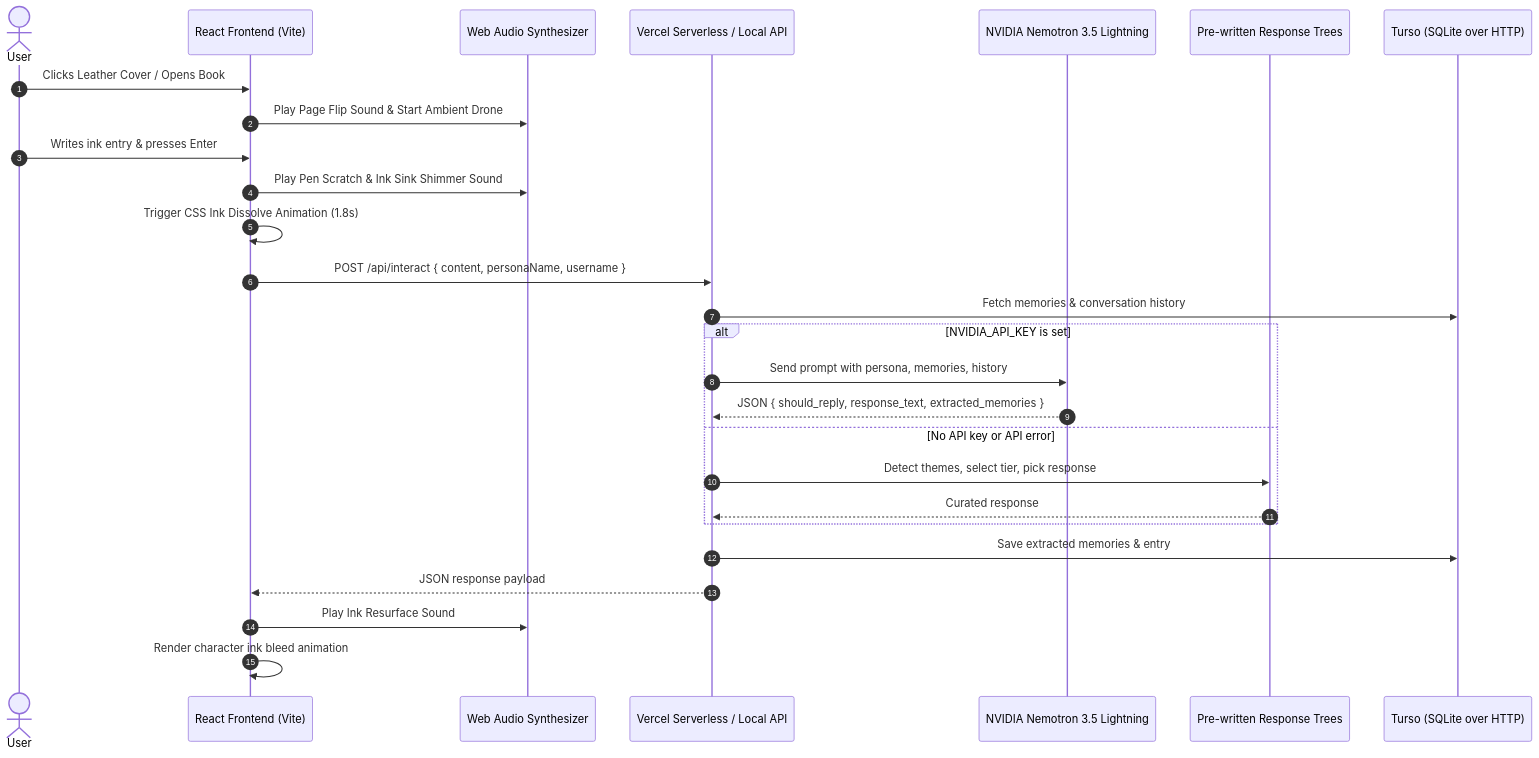
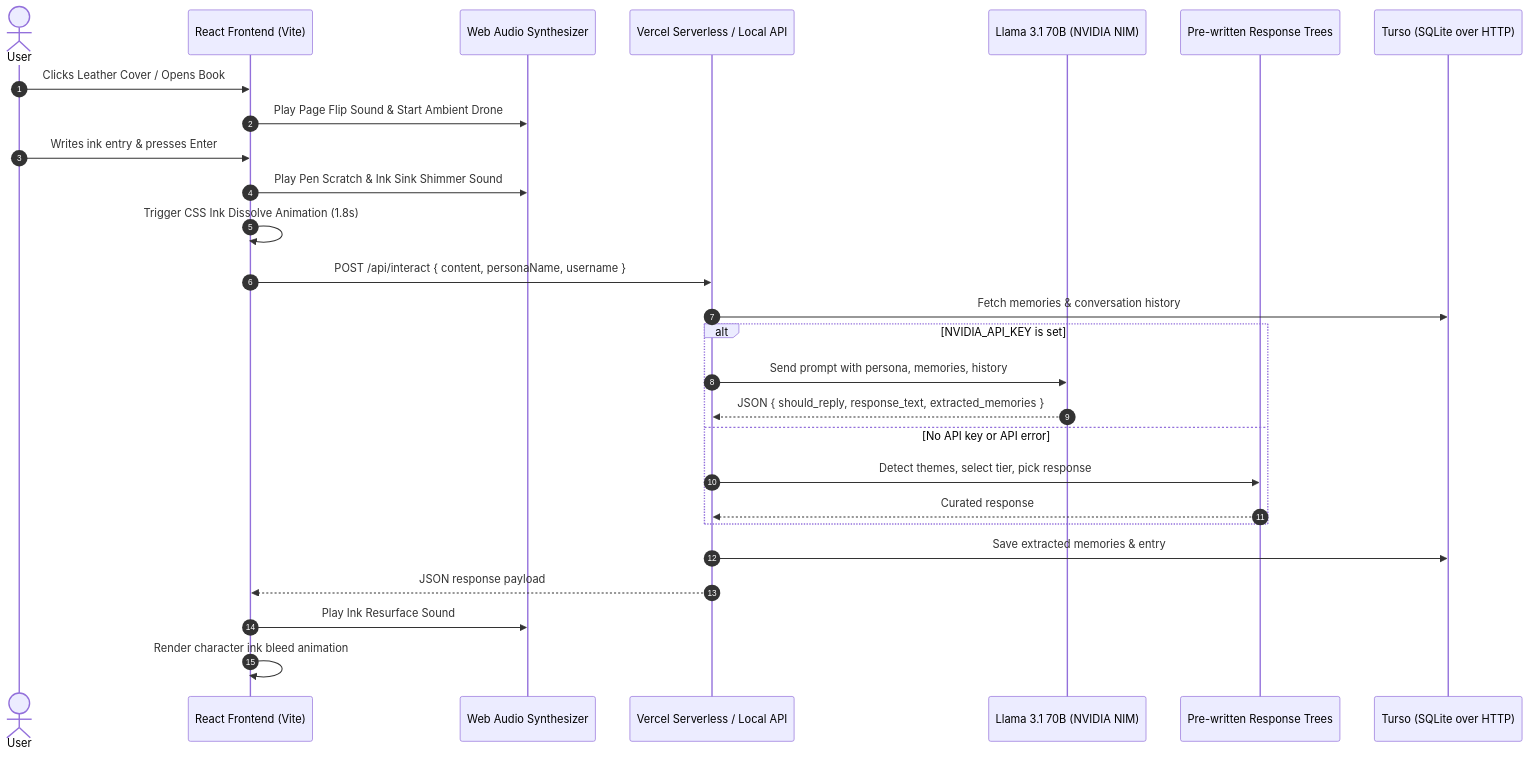
One commit to rkbart/inkbound changed the diagram in DOCUMENTATION.md. Above: the diagram before and after it, drawn with Mermaid. The commit also changed other lines of this file and 4 other files, not shown here.

````diff
--- a/DOCUMENTATION.md
+++ b/DOCUMENTATION.md
@@ -32,30 +32,30 @@
 ```mermaid
 sequenceDiagram
     autonumber
     actor User as User
     participant App as React Frontend (Vite)
     participant Audio as Web Audio Synthesizer
     participant API as Vercel Serverless / Local API
-    participant Nemotron as NVIDIA Nemotron 3.5 Lightning
+    participant Nemotron as Llama 3.1 70B (NVIDIA NIM)
     participant Fallback as Pre-written Response Trees
     participant DB as Turso (SQLite over HTTP)
 
     User->>App: Clicks Leather Cover / Opens Book
     App->>Audio: Play Page Flip Sound & Start Ambient Drone
     User->>App: Writes ink entry & presses Enter
     App->>Audio: Play Pen Scratch & Ink Sink Shimmer Sound
     App->>App: Trigger CSS Ink Dissolve Animation (1.8s)
     App->>API: POST /api/interact { content, personaName, username }
     API->>DB: Fetch memories & conversation history
     alt NVIDIA_API_KEY is set
         API->>Nemotron: Send prompt with persona, memories, history
         Nemotron-->>API: JSON { should_reply, response_text, extracted_memories }
     else No API key or API error
         API->>Fallback: Detect themes, select tier, pick response
         Fallback-->>API: Curated response
     end
     API->>DB: Save extracted memories & entry
     API-->>App: JSON response payload
     App->>Audio: Play Ink Resurface Sound
     App->>App: Render character ink bleed animation
 ```
````
